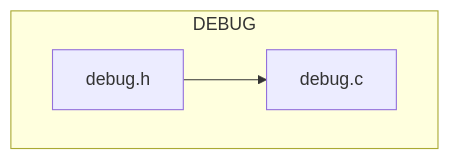
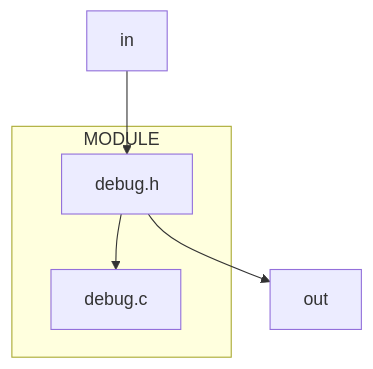
Before and after one commit to ShilianShen/Jasmin: the diagram in src/debug/README.md, drawn with Mermaid. The commit also changed 5 other files, not shown here.

````diff
--- a/src/debug/README.md
+++ b/src/debug/README.md
@@ -2,6 +2,7 @@
 ```mermaid
 graph
-    subgraph DEBUG 
+    subgraph MODULE
         debug.h --> debug.c
     end
+    in --> debug.h --> out
 ```
````
